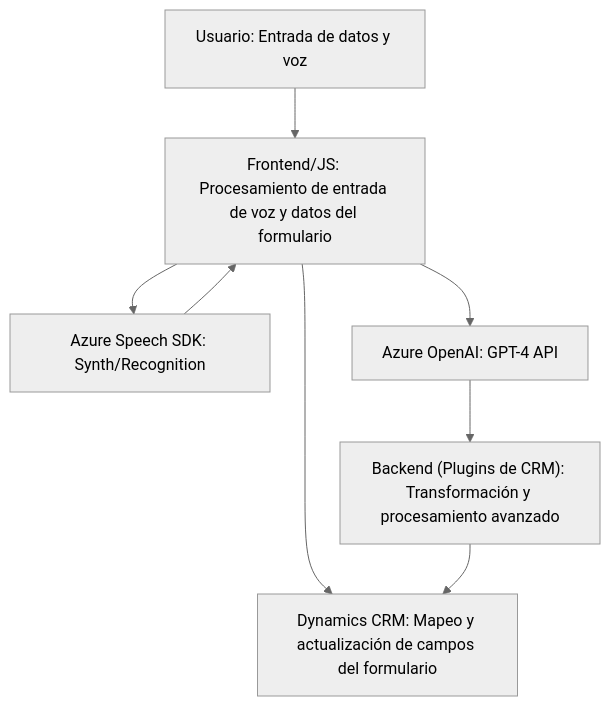
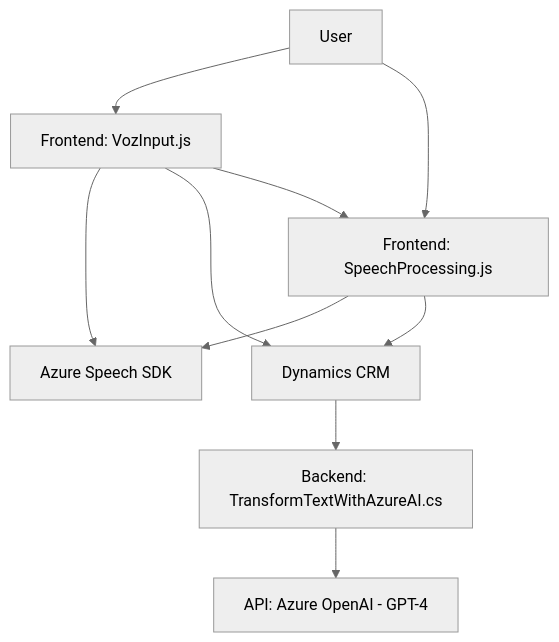
Before and after one commit to blopezdm/NETCORE_BILBAO2025: the diagram in README.md, drawn with Mermaid (neutral theme). The commit also changed other lines of this file, not shown here.

````diff
--- a/README.md
+++ b/README.md
@@ -41,17 +35,20 @@
 ```mermaid
 graph TD
-  A["Usuario: Entrada de datos y voz"]
-  B["Frontend/JS: Procesamiento de entrada de voz y datos del formulario"]
-  C["Azure Speech SDK: Synth/Recognition"]
-  D["Backend (Plugins de CRM): Transformación y procesamiento avanzado"]
-  E["Dynamics CRM: Mapeo y actualización de campos del formulario"]
-  F["Azure OpenAI: GPT-4 API"]
+    A["Frontend: VozInput.js"]
+    B["Frontend: SpeechProcessing.js"]
+    C["Backend: TransformTextWithAzureAI.cs"]
+    D["Azure Speech SDK"]
+    E["Dynamics CRM"]
+    F["API: Azure OpenAI - GPT-4"]
+    G["User"]
 
-  A --> B
-  B --> C
-  B --> E
-  B --> F
-  C --> B
-  F --> D
-  D --> E
+    G --> A
+    A --> D
+    A --> E
+    G --> B
+    B --> D
+    B --> E
+    A --> B
+    E --> C
+    C --> F
 ```
````
